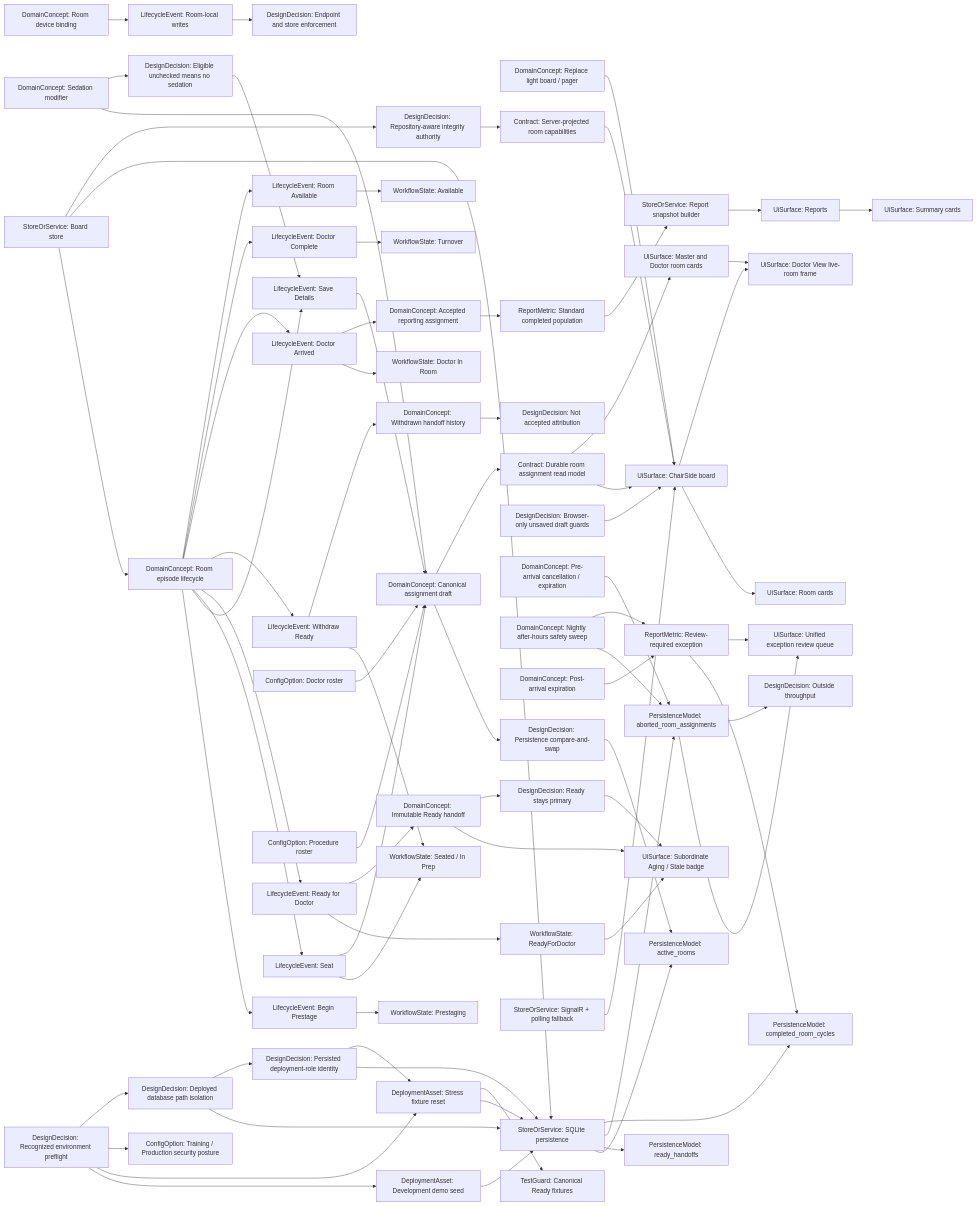
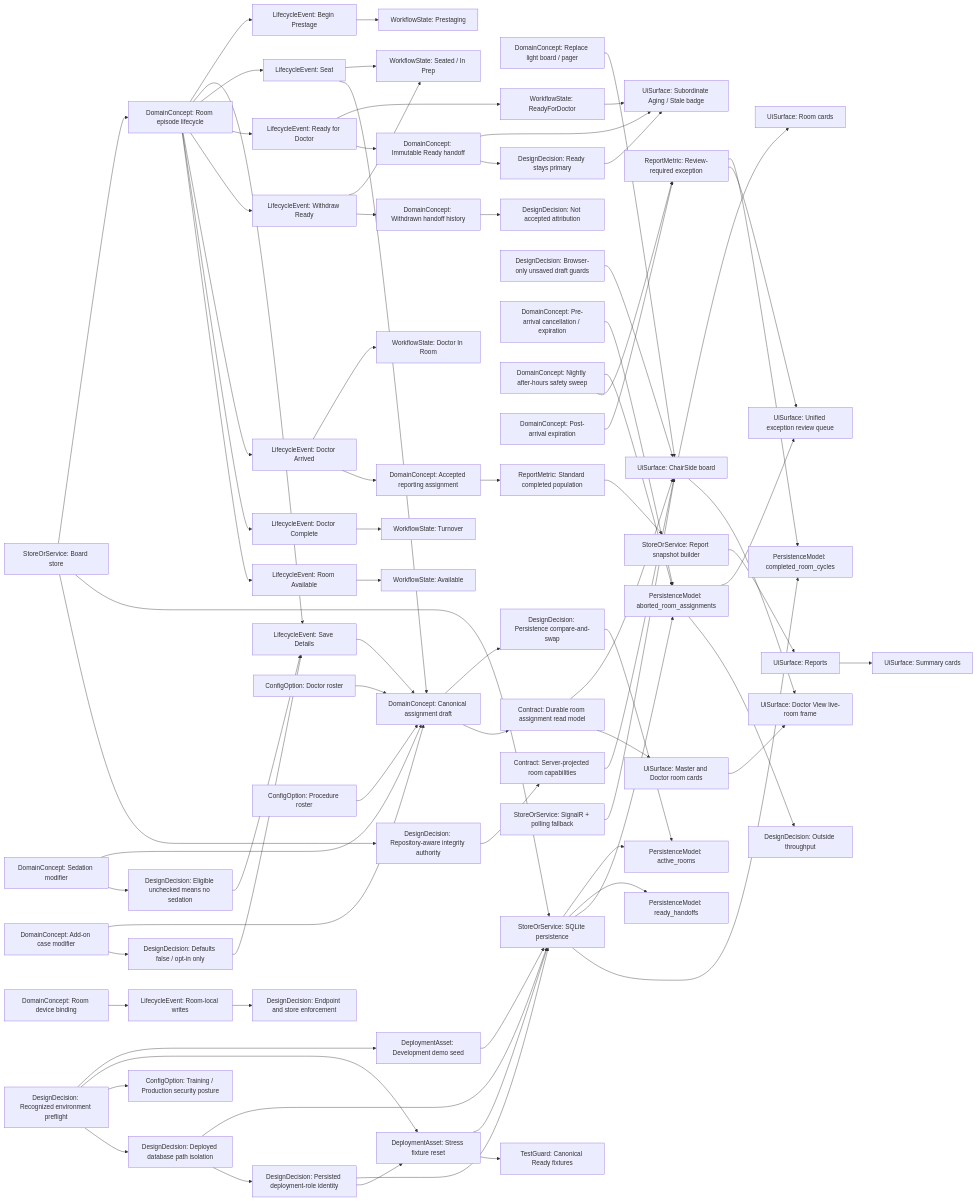
Before and after one commit to binary0rb/ChairSide: the diagram in docs/knowledge-graph/chairside.graph.md, drawn with Mermaid. The commit also changed other lines of this file and 19 other files, not shown here.

First line of the commit message:
Add Add-on case modifier data spine (#206)

```diff
--- a/docs/knowledge-graph/chairside.graph.md
+++ b/docs/knowledge-graph/chairside.graph.md
@@ -67,6 +67,9 @@
     DoctorRoster["ConfigOption: Doctor roster"] --> CanonicalAssignment
     ProcedureRoster["ConfigOption: Procedure roster"] --> CanonicalAssignment
     SedationModifier["DomainConcept: Sedation modifier"] --> CanonicalAssignment
+    AddOnModifier["DomainConcept: Add-on case modifier"] --> CanonicalAssignment
+    AddOnModifier --> OptionalAddOn["DesignDecision: Defaults false / opt-in only"]
+    OptionalAddOn --> SaveDetails
     SedationModifier --> OptionalSedation["DesignDecision: Eligible unchecked means no sedation"]
     OptionalSedation --> SaveDetails
     CanonicalAssignment --> RoomReadModel["Contract: Durable room assignment read model"]
```
